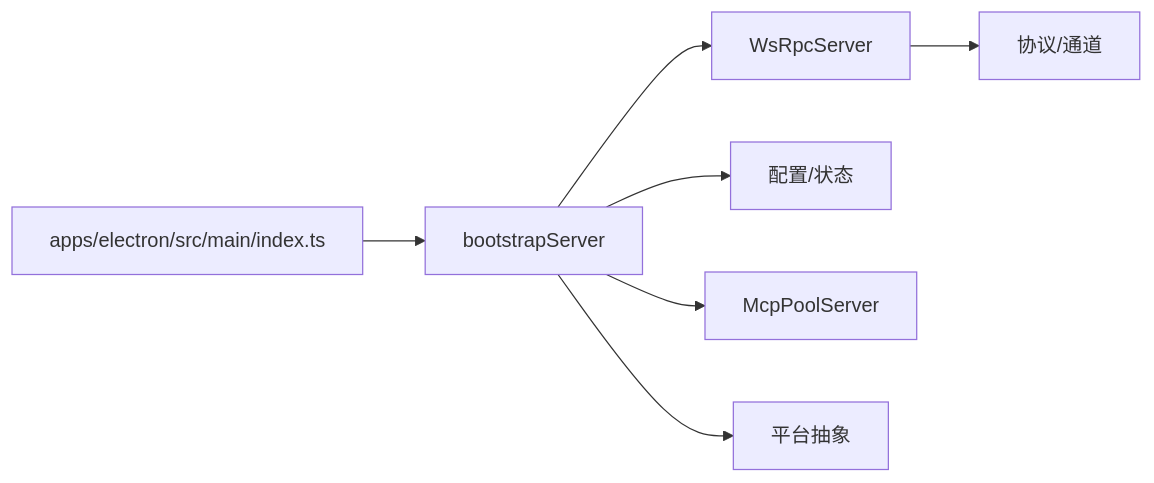
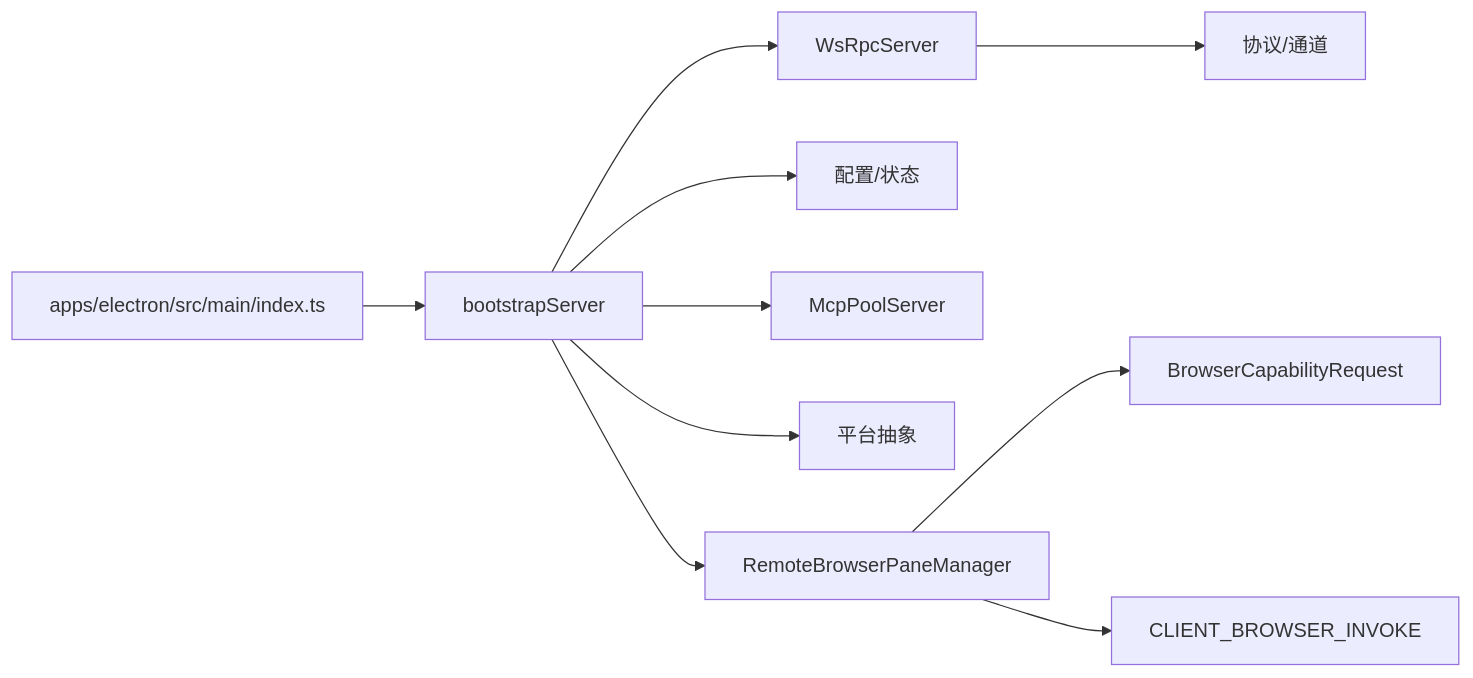
Diagram 11 of 11 in .qoder/repowiki/zh/content/服务器架构/服务器核心/服务器核心.md (haolange/craft-agents-oss), drawn with Mermaid before and after one commit. The commit also changed other lines of this file and 5 other files, not shown here.

````diff
--- a/.qoder/repowiki/zh/content/服务器架构/服务器核心/服务器核心.md
+++ b/.qoder/repowiki/zh/content/服务器架构/服务器核心/服务器核心.md
@@ -406,9 +496,12 @@
 ```mermaid
 graph LR
 Entry["apps/electron/src/main/index.ts"] --> Boot["bootstrapServer"]
 Boot --> Trans["WsRpcServer"]
 Trans --> Proto["协议/通道"]
 Boot --> Cfg["配置/状态"]
 Boot --> MCP["McpPoolServer"]
 Boot --> Plat["平台抽象"]
+Boot --> RBPM["RemoteBrowserPaneManager"]
+RBPM --> BCReq["BrowserCapabilityRequest"]
+RBPM --> CapConst["CLIENT_BROWSER_INVOKE"]
 ```
````
